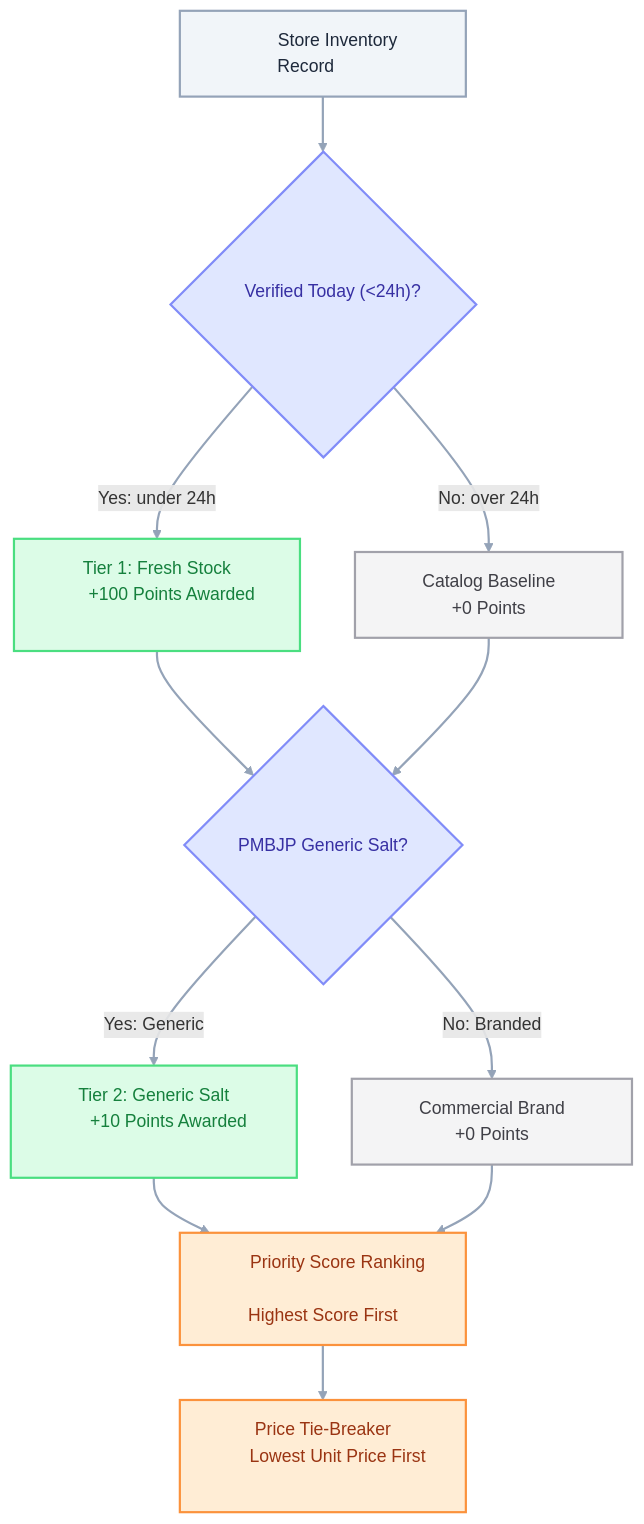
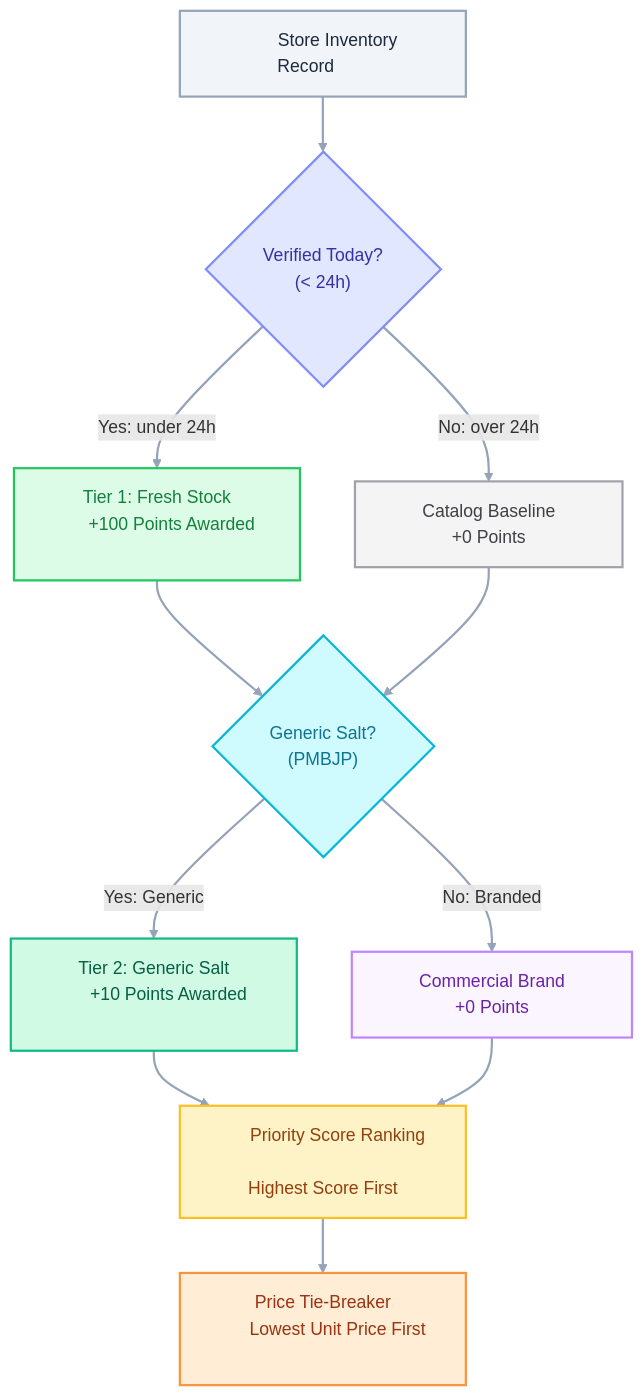
One commit to Parth-Chavan-15/MedSetu-TechSprint changed the fourth of 6 diagrams in README.md. Above: the diagram before and after it, drawn with Mermaid. The commit also changed other lines of this file, not shown here.

Commit message:
style: expand all large flowcharts by default with prominent h3 summary banners and diverse pastel palettes across all diagrams

````diff
--- a/README.md
+++ b/README.md
@@ -246,29 +281,37 @@
 ```mermaid
 flowchart TD
-    START["&nbsp;&nbsp;&nbsp;&nbsp;&nbsp;&nbsp; Store Inventory Record &nbsp;&nbsp;&nbsp;&nbsp;&nbsp;&nbsp;"] --> TIER1{"&nbsp;&nbsp;&nbsp;&nbsp; Verified Today (<24h)? &nbsp;&nbsp;&nbsp;&nbsp;"}
+    START["&nbsp;&nbsp;&nbsp;&nbsp;&nbsp;&nbsp; Store Inventory Record &nbsp;&nbsp;&nbsp;&nbsp;&nbsp;&nbsp;"] --> TIER1{"&nbsp;&nbsp; Verified Today? &nbsp;&nbsp;<br/>&nbsp;&nbsp; (&lt; 24h) &nbsp;&nbsp;"}
     TIER1 -- Yes: under 24h --> S1["&nbsp;&nbsp;&nbsp;&nbsp;&nbsp;&nbsp; Tier 1: Fresh Stock &nbsp;&nbsp;&nbsp;&nbsp;&nbsp;&nbsp;<br/>&nbsp;&nbsp;&nbsp;&nbsp;&nbsp;&nbsp; +100 Points Awarded &nbsp;&nbsp;&nbsp;&nbsp;&nbsp;&nbsp;"]
     TIER1 -- No: over 24h --> S0["&nbsp;&nbsp;&nbsp;&nbsp;&nbsp;&nbsp; Catalog Baseline &nbsp;&nbsp;&nbsp;&nbsp;&nbsp;&nbsp;<br/>&nbsp;&nbsp;&nbsp;&nbsp;&nbsp;&nbsp; +0 Points &nbsp;&nbsp;&nbsp;&nbsp;&nbsp;&nbsp;"]
 
-    S1 --> TIER2{"&nbsp;&nbsp;&nbsp;&nbsp; PMBJP Generic Salt? &nbsp;&nbsp;&nbsp;&nbsp;"}
+    S1 --> TIER2{"&nbsp;&nbsp; Generic Salt? &nbsp;&nbsp;<br/>&nbsp;&nbsp; (PMBJP) &nbsp;&nbsp;"}
     S0 --> TIER2
     TIER2 -- Yes: Generic --> G1["&nbsp;&nbsp;&nbsp;&nbsp;&nbsp;&nbsp; Tier 2: Generic Salt &nbsp;&nbsp;&nbsp;&nbsp;&nbsp;&nbsp;<br/>&nbsp;&nbsp;&nbsp;&nbsp;&nbsp;&nbsp; +10 Points Awarded &nbsp;&nbsp;&nbsp;&nbsp;&nbsp;&nbsp;"]
     TIER2 -- No: Branded --> G0["&nbsp;&nbsp;&nbsp;&nbsp;&nbsp;&nbsp; Commercial Brand &nbsp;&nbsp;&nbsp;&nbsp;&nbsp;&nbsp;<br/>&nbsp;&nbsp;&nbsp;&nbsp;&nbsp;&nbsp; +0 Points &nbsp;&nbsp;&nbsp;&nbsp;&nbsp;&nbsp;"]
 
     G1 --> EVAL["&nbsp;&nbsp;&nbsp;&nbsp;&nbsp;&nbsp; Priority Score Ranking &nbsp;&nbsp;&nbsp;&nbsp;&nbsp;&nbsp;<br/>&nbsp;&nbsp;&nbsp;&nbsp;&nbsp;&nbsp; Highest Score First &nbsp;&nbsp;&nbsp;&nbsp;&nbsp;&nbsp;"]
     G0 --> EVAL
     EVAL --> TIE["&nbsp;&nbsp;&nbsp;&nbsp;&nbsp;&nbsp; Price Tie-Breaker &nbsp;&nbsp;&nbsp;&nbsp;&nbsp;&nbsp;<br/>&nbsp;&nbsp;&nbsp;&nbsp;&nbsp;&nbsp; Lowest Unit Price First &nbsp;&nbsp;&nbsp;&nbsp;&nbsp;&nbsp;"]
 
     classDef startNode fill:#F1F5F9,stroke:#94A3B8,color:#1E293B,stroke-width:2px;
-    classDef eval fill:#E0E7FF,stroke:#818CF8,color:#3730A3,stroke-width:2px;
-    classDef bonus fill:#DCFCE7,stroke:#4ADE80,color:#15803D,stroke-width:2px;
-    classDef neutral fill:#F4F4F5,stroke:#A1A1AA,color:#3F3F46,stroke-width:2px;
-    classDef rankNode fill:#FFEDD5,stroke:#FB923C,color:#9A3412,stroke-width:2px;
+    classDef tier1Node fill:#E0E7FF,stroke:#818CF8,color:#3730A3,stroke-width:2px;
+    classDef s1Node fill:#DCFCE7,stroke:#22C55E,color:#15803D,stroke-width:2px;
+    classDef s0Node fill:#F4F4F5,stroke:#A1A1AA,color:#3F3F46,stroke-width:2px;
+    classDef tier2Node fill:#CFFAFE,stroke:#06B6D4,color:#0E7490,stroke-width:2px;
+    classDef g1Node fill:#D1FAE5,stroke:#10B981,color:#065F46,stroke-width:2px;
+    classDef g0Node fill:#FAF5FF,stroke:#C084FC,color:#6B21A8,stroke-width:2px;
+    classDef evalNode fill:#FEF3C7,stroke:#FBBF24,color:#92400E,stroke-width:2px;
+    classDef tieNode fill:#FFEDD5,stroke:#FB923C,color:#9A3412,stroke-width:2px;
 
     class START startNode;
-    class TIER1,TIER2 eval;
-    class S1,G1 bonus;
-    class S0,G0 neutral;
-    class EVAL,TIE rankNode;
+    class TIER1 tier1Node;
+    class S1 s1Node;
+    class S0 s0Node;
+    class TIER2 tier2Node;
+    class G1 g1Node;
+    class G0 g0Node;
+    class EVAL evalNode;
+    class TIE tieNode;
 
     linkStyle default stroke:#94A3B8,stroke-width:2px;
 ```
````
